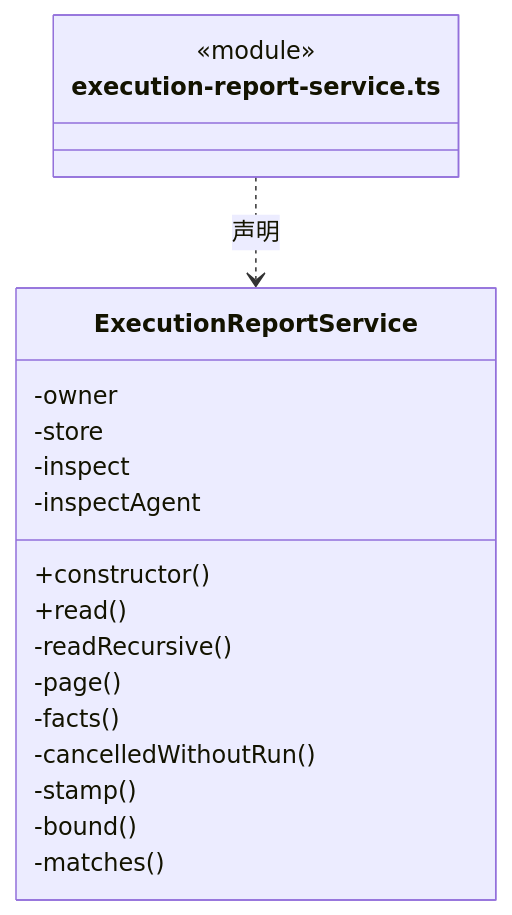
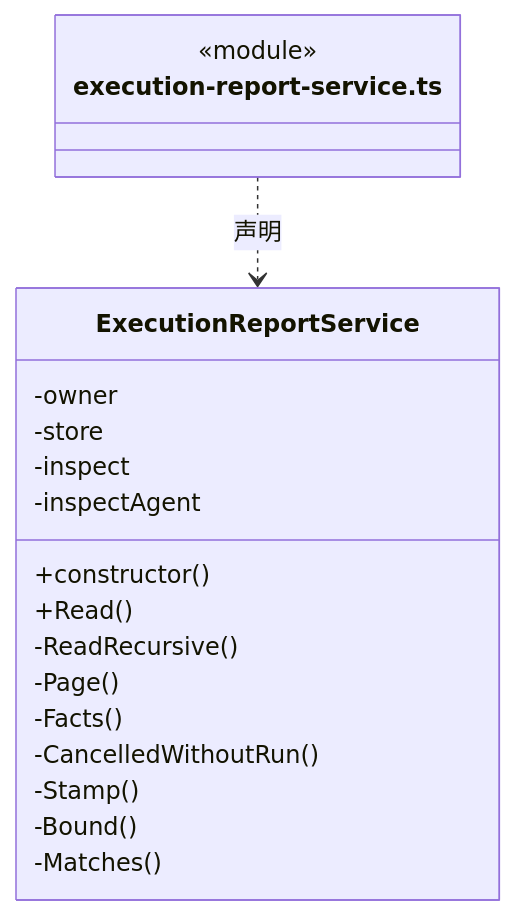
Diagram 13 of 23 in src/logic/evidence/runtime/ARCHITECTURE.md (nan023062/cbim), drawn with Mermaid before and after one commit. The commit also changed other lines of this file and 1035 other files, not shown here.

````diff
--- a/src/logic/evidence/runtime/ARCHITECTURE.md
+++ b/src/logic/evidence/runtime/ARCHITECTURE.md
@@ -291,22 +291,22 @@
 ```mermaid
 classDiagram
 class N_src_logic_evidence_runtime_execution_report_service_ts["execution-report-service.ts"] {
   <<module>>
 }
 class N_src_logic_evidence_runtime_execution_report_service_ts_ExecutionReportService["ExecutionReportService"] {
   +constructor()
-  +read()
+  +Read()
   -owner
   -store
   -inspect
   -inspectAgent
-  -readRecursive()
-  -page()
-  -facts()
-  -cancelledWithoutRun()
-  -stamp()
-  -bound()
-  -matches()
+  -ReadRecursive()
+  -Page()
+  -Facts()
+  -CancelledWithoutRun()
+  -Stamp()
+  -Bound()
+  -Matches()
 }
 N_src_logic_evidence_runtime_execution_report_service_ts ..> N_src_logic_evidence_runtime_execution_report_service_ts_ExecutionReportService : 声明
 ```
````
